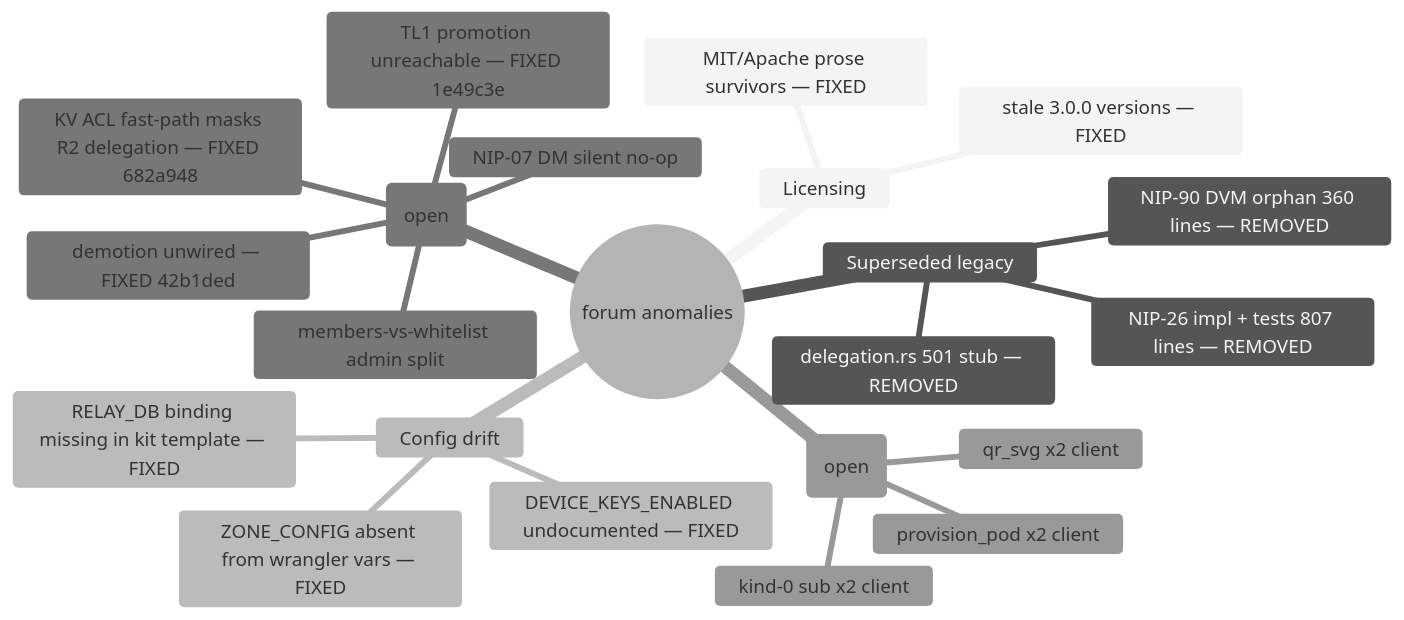
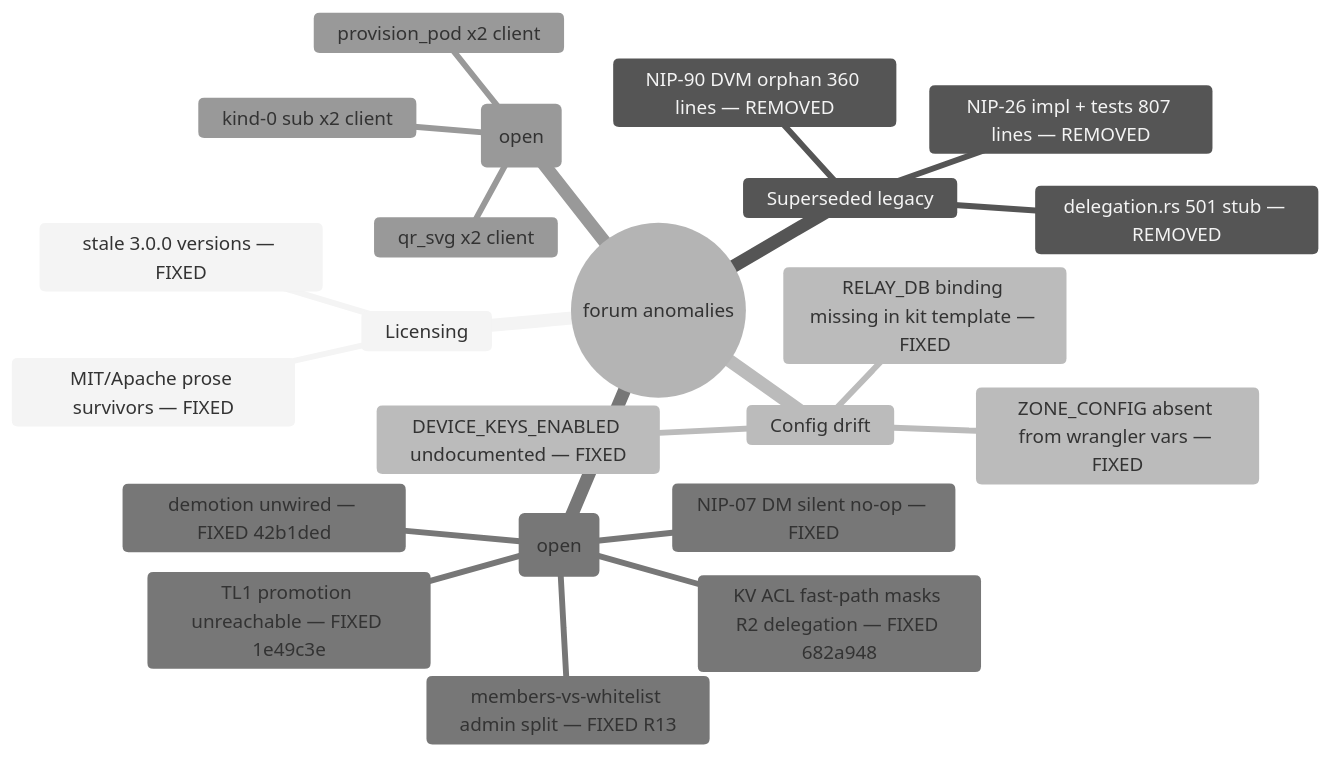
Before and after one commit to DreamLab-AI/nostr-rust-forum: the diagram in docs/diagrams/00-anomaly-register.md, drawn with Mermaid (neutral theme). The commit also changed other lines of this file and 4 other files, not shown here.

First line of the commit message:
docs(diagrams): bring the diagram corpus up to 3c48e26 (NIP-09 tombstones, deletion sync, NIP-42 receipts, per-identity zone keys)

````diff
--- a/docs/diagrams/00-anomaly-register.md
+++ b/docs/diagrams/00-anomaly-register.md
@@ -10,25 +12,25 @@
 ```mermaid
 mindmap
   root((forum anomalies))
     Licensing
       MIT/Apache prose survivors — FIXED
       stale 3.0.0 versions — FIXED
     Superseded legacy
       NIP-26 impl + tests 807 lines — REMOVED
       NIP-90 DVM orphan 360 lines — REMOVED
       delegation.rs 501 stub — REMOVED
     Config drift
       DEVICE_KEYS_ENABLED undocumented — FIXED
       RELAY_DB binding missing in kit template — FIXED
       ZONE_CONFIG absent from wrangler vars — FIXED
     Behavioural (open)
       TL1 promotion unreachable — FIXED 1e49c3e
       demotion unwired — FIXED 42b1ded
-      members-vs-whitelist admin split
+      members-vs-whitelist admin split — FIXED R13
       KV ACL fast-path masks R2 delegation — FIXED 682a948
-      NIP-07 DM silent no-op
+      NIP-07 DM silent no-op — FIXED
     Duplication (open)
       provision_pod x2 client
       qr_svg x2 client
       kind-0 sub x2 client
 ```
````
